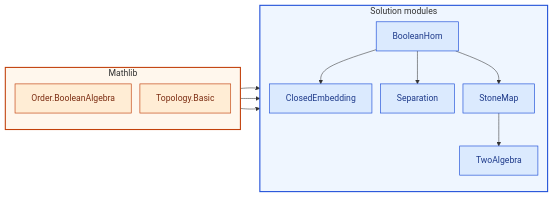
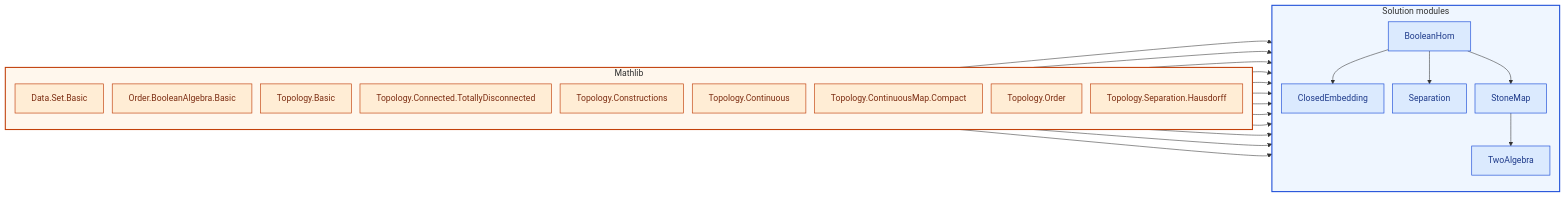
One commit to catskillsresearch/fabbro changed the diagram in courses/21-651.md. Above: the diagram before and after it, drawn with Mermaid. The commit also changed other lines of this file and 89 other files, not shown here.

````diff
--- a/courses/21-651.md
+++ b/courses/21-651.md
@@ -25,31 +26,47 @@
 ```mermaid
 %%{init: {"flowchart": {"htmlLabels": false, "nodeSpacing": 16, "rankSpacing": 36}}}%%
 flowchart LR
   classDef course fill:#dbeafe,stroke:#1d4ed8,color:#1e3a8a,stroke-width:1.2px
   classDef mathlib fill:#ffedd5,stroke:#c2410c,color:#7c2d12,stroke-width:1.2px
 
   subgraph ML["Mathlib"]
     direction TB
     style ML fill:#fff7ed,stroke:#c2410c,stroke-width:2px
-    LOrderBooleanAlgebra["Order.BooleanAlgebra"]:::mathlib
+    LDataSetBasic["Data.Set.Basic"]:::mathlib
+    LOrderBooleanAlgebraBasic["Order.BooleanAlgebra.Basic"]:::mathlib
     LTopologyBasic["Topology.Basic"]:::mathlib
+    LTopologyConnectedTotallyDisconnected["Topology.Connected.TotallyDisconnected"]:::mathlib
+    LTopologyConstructions["Topology.Constructions"]:::mathlib
+    LTopologyContinuous["Topology.Continuous"]:::mathlib
+    LTopologyContinuousMapCompact["Topology.ContinuousMap.Compact"]:::mathlib
+    LTopologyOrder["Topology.Order"]:::mathlib
+    LTopologySeparationHausdorff["Topology.Separation.Hausdorff"]:::mathlib
   end
 
   subgraph SOL["Solution modules"]
     direction TB
     style SOL fill:#eff6ff,stroke:#1d4ed8,stroke-width:2px
     MBooleanHom["BooleanHom"]:::course
     MClosedEmbedding["ClosedEmbedding"]:::course
     MSeparation["Separation"]:::course
     MStoneMap["StoneMap"]:::course
     MTwoAlgebra["TwoAlgebra"]:::course
   end
 
-  LOrderBooleanAlgebra --> MBooleanHom
-  LTopologyBasic --> MClosedEmbedding
+  LOrderBooleanAlgebraBasic --> MBooleanHom
+  LTopologyBasic --> MBooleanHom
+  LDataSetBasic --> MBooleanHom
+  LTopologySeparationHausdorff --> MClosedEmbedding
+  LTopologyConstructions --> MClosedEmbedding
+  LTopologyContinuous --> MClosedEmbedding
+  LTopologyOrder --> MClosedEmbedding
   MBooleanHom --> MClosedEmbedding
+  LTopologyConnectedTotallyDisconnected --> MSeparation
+  LTopologyContinuousMapCompact --> MSeparation
   MBooleanHom --> MSeparation
-  LTopologyBasic --> MStoneMap
+  LTopologyConstructions --> MStoneMap
+  LTopologyContinuous --> MStoneMap
+  LTopologyOrder --> MStoneMap
   MBooleanHom --> MStoneMap
   MStoneMap --> MTwoAlgebra
 ```
````
